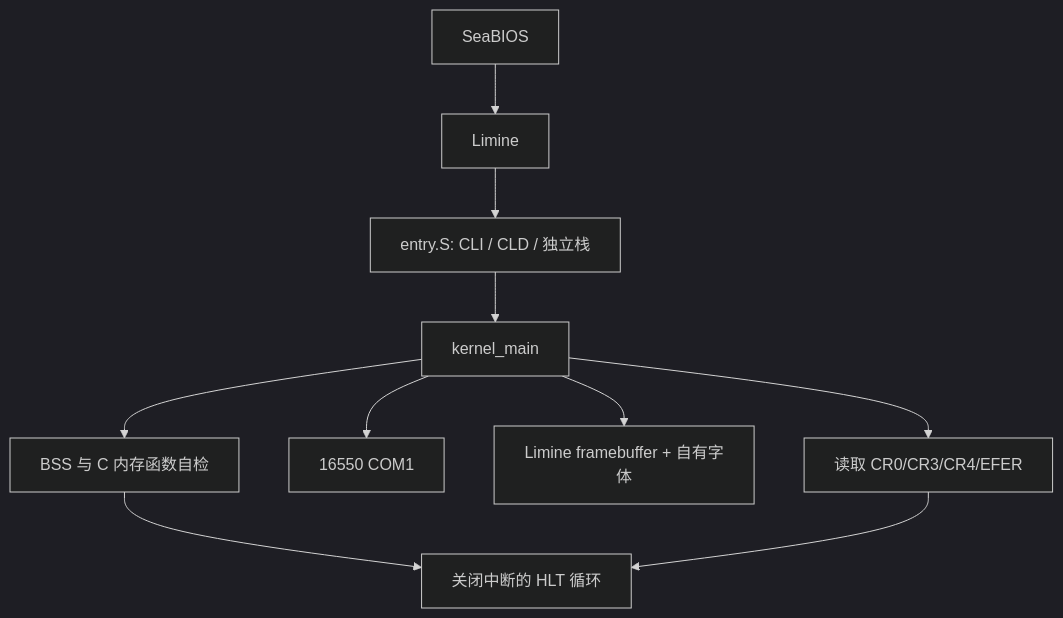
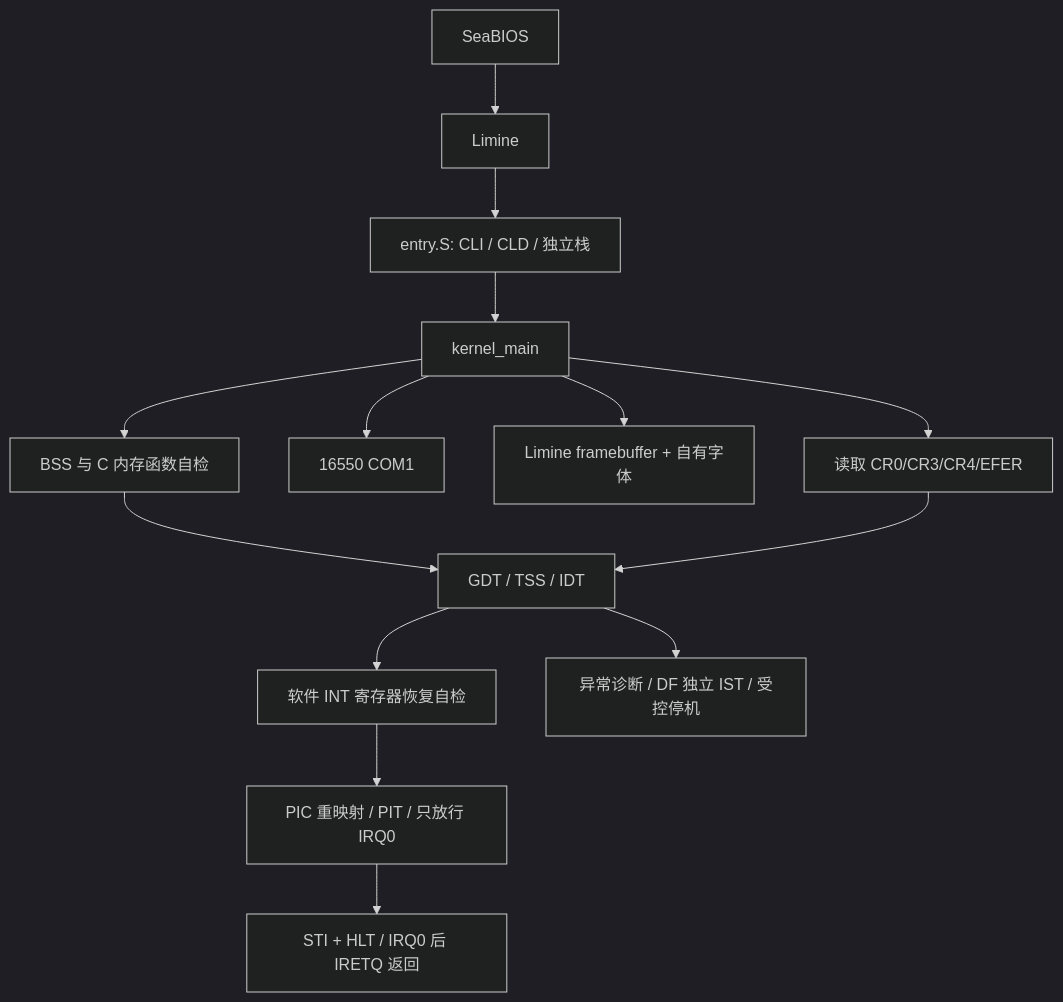
The diagram in docs/architecture.md (Evan-Windproof/Kernseed_OS), drawn with Mermaid (dark theme) before and after one commit. The commit also changed other lines of this file and 119 other files, not shown here.

````diff
--- a/docs/architecture.md
+++ b/docs/architecture.md
@@ -5,12 +5,16 @@
 ```mermaid
 flowchart TD
     BIOS[SeaBIOS] --> Limine
     Limine --> Entry[entry.S: CLI / CLD / 独立栈]
     Entry --> Main[kernel_main]
     Main --> Runtime[BSS 与 C 内存函数自检]
     Main --> Serial[16550 COM1]
     Main --> FB[Limine framebuffer + 自有字体]
     Main --> CPU[读取 CR0/CR3/CR4/EFER]
-    Runtime --> Idle[关闭中断的 HLT 循环]
-    CPU --> Idle
+    Runtime --> Tables[GDT / TSS / IDT]
+    CPU --> Tables
+    Tables --> Probe[软件 INT 寄存器恢复自检]
+    Probe --> Timer[PIC 重映射 / PIT / 只放行 IRQ0]
+    Timer --> Idle[STI + HLT / IRQ0 后 IRETQ 返回]
+    Tables --> Exception[异常诊断 / DF 独立 IST / 受控停机]
 ```
````
